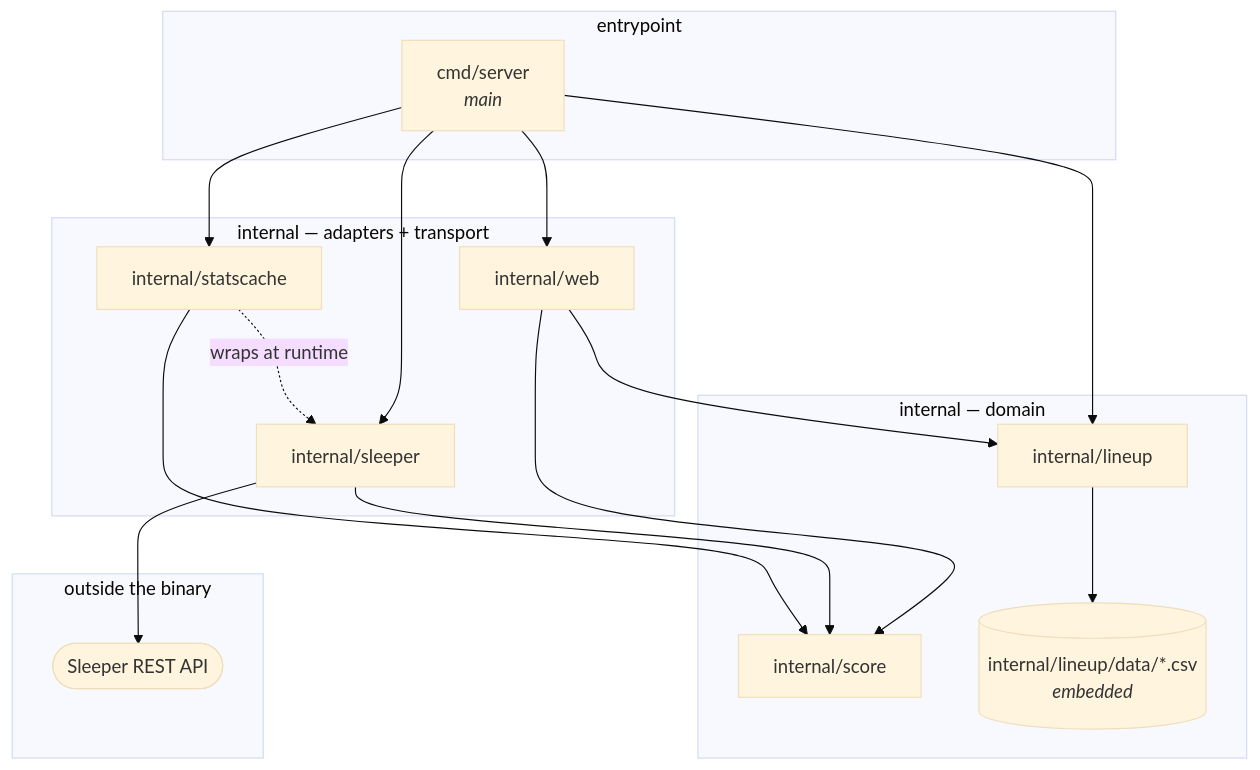
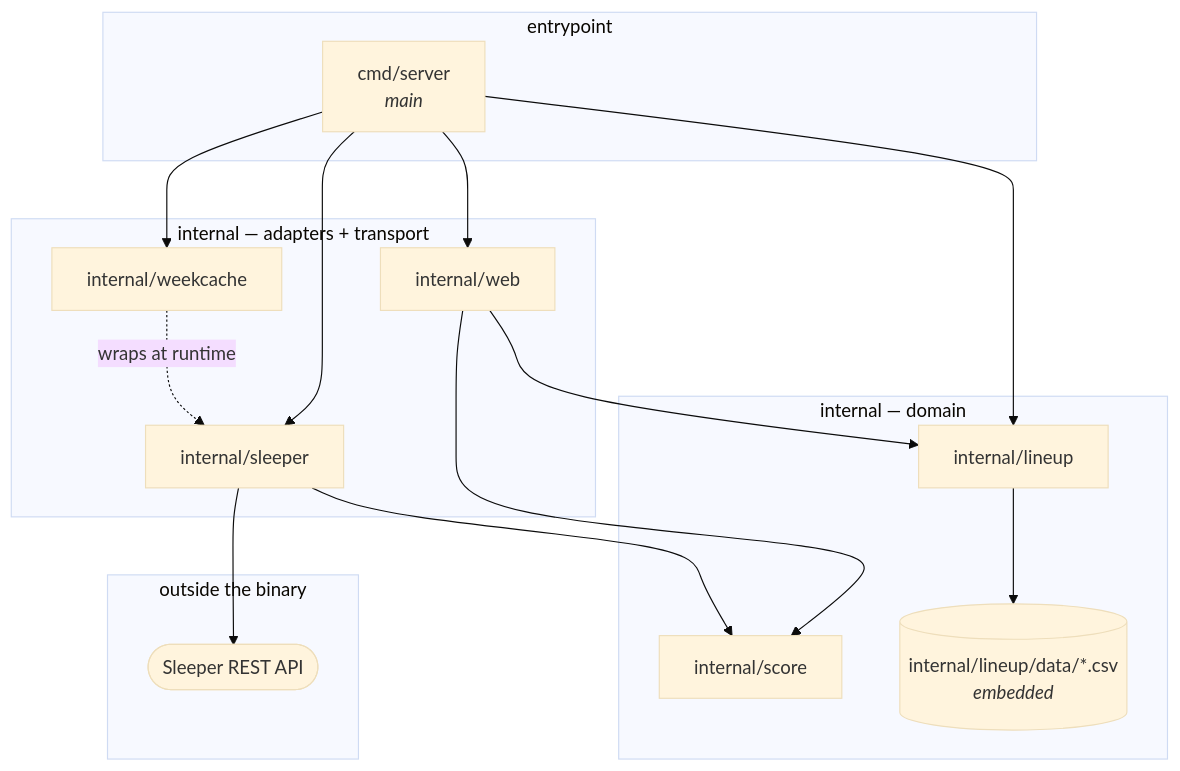
Before and after one commit to eshifrin-606/bojjaes: the diagram in docs/package-dependencies.md, drawn with Mermaid (base theme). The commit also changed other lines of this file and 2 other files, not shown here.

Commit message:
Update weekcache package comment and docs for the generic cache

````diff
--- a/docs/package-dependencies.md
+++ b/docs/package-dependencies.md
@@ -13,31 +13,30 @@
 ```mermaid
 graph TD
     subgraph entry["entrypoint"]
         main["cmd/server<br/><i>main</i>"]
     end
     subgraph domain["internal — domain"]
         score["internal/score"]
         lineup["internal/lineup"]
         files[("internal/lineup/data/*.csv<br/><i>embedded</i>")]
     end
     subgraph adapters["internal — adapters + transport"]
         sleeperpkg["internal/sleeper"]
-        statscache["internal/statscache"]
+        weekcache["internal/weekcache"]
         web["internal/web"]
     end
     subgraph ext["outside the binary"]
         sleeper(["Sleeper REST API"])
     end
 
     main --> web
-    main --> statscache
+    main --> weekcache
     main --> sleeperpkg
     main --> lineup
     web --> score
     web --> lineup
     sleeperpkg --> score
     sleeperpkg --> sleeper
-    statscache --> score
-    statscache -. wraps at runtime .-> sleeperpkg
+    weekcache -. wraps at runtime .-> sleeperpkg
     lineup --> files
 ```
````
